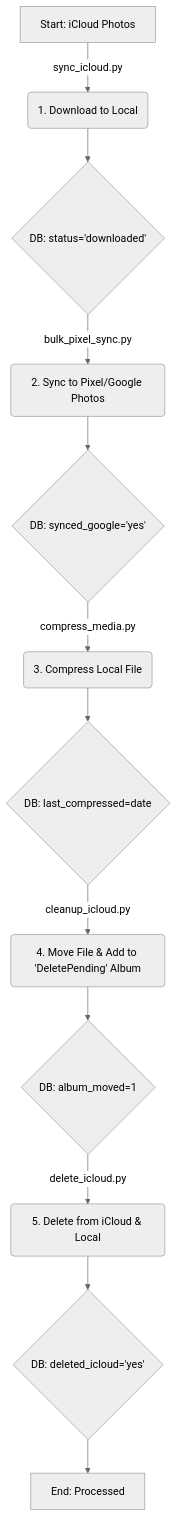
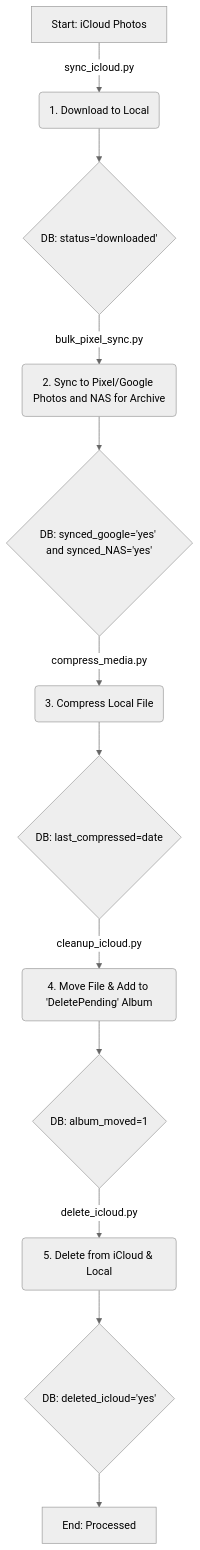
One commit to sfdcai/media-storage changed the diagram in README.md. Above: the diagram before and after it, drawn with Mermaid (neutral theme). The commit also changed other lines of this file and 25 other files, not shown here.

````diff
--- a/README.md
+++ b/README.md
@@ -19,14 +19,14 @@
 ```mermaid
 graph TD
     A[Start: iCloud Photos] -->|sync_icloud.py| B(1. Download to Local);
     B --> C{DB: status='downloaded'};
-    C -->|bulk_pixel_sync.py| D(2. Sync to Pixel/Google Photos);
-    D --> E{DB: synced_google='yes'};
+    C -->|bulk_pixel_sync.py| D(2. Sync to Pixel/Google Photos and NAS for Archive);
+    D --> E{DB: synced_google='yes' and synced_NAS='yes'};
     E -->|compress_media.py| F(3. Compress Local File);
     F --> G{DB: last_compressed=date};
     G -->|cleanup_icloud.py| H(4. Move File & Add to 'DeletePending' Album);
     H --> I{DB: album_moved=1};
     I -->|delete_icloud.py| J(5. Delete from iCloud & Local);
     J --> K{DB: deleted_icloud='yes'};
     K --> L[End: Processed];
 ```
````
